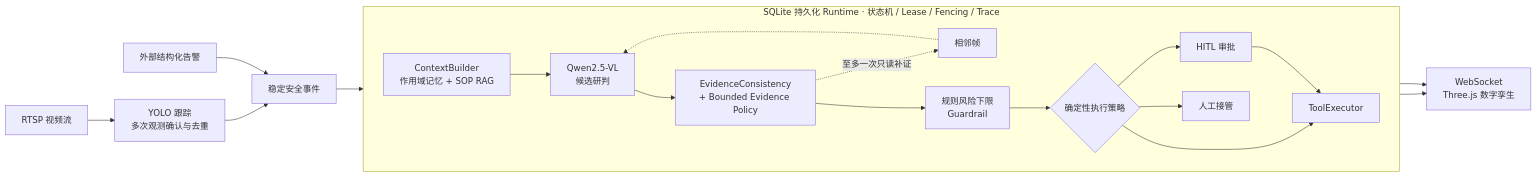
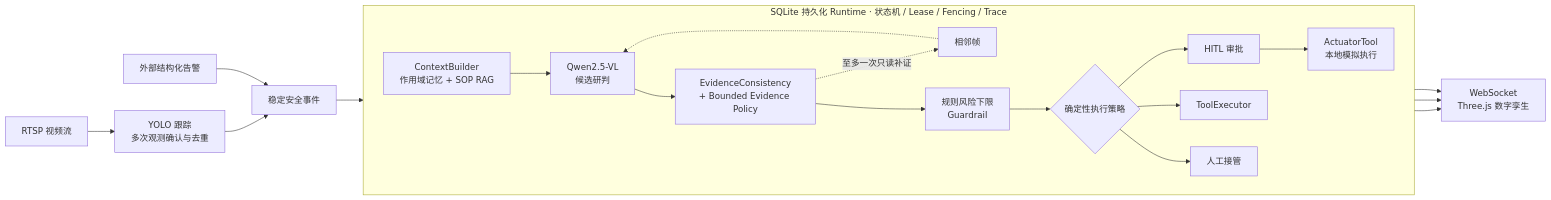
Before and after one commit to 33good/industrial-safety-agent-runtime: the diagram in README.md, drawn with Mermaid. The commit also changed other lines of this file and 3 other files, not shown here.

````diff
--- a/README.md
+++ b/README.md
@@ -25,24 +38,25 @@
 ```mermaid
 flowchart LR
     A["RTSP 视频流"] --> B["YOLO 跟踪<br/>多次观测确认与去重"]
     X["外部结构化告警"] --> C["稳定安全事件"]
     B --> C
 
     subgraph R["SQLite 持久化 Runtime · 状态机 / Lease / Fencing / Trace"]
         direction LR
         D["ContextBuilder<br/>作用域记忆 + SOP RAG"] --> E["Qwen2.5-VL<br/>候选研判"]
         E --> F["EvidenceConsistency<br/>+ Bounded Evidence Policy"]
         F -.->|至多一次只读补证| N["相邻帧"]
         N -.-> E
         F --> G["规则风险下限<br/>Guardrail"]
         G --> H{"确定性执行策略"}
         H --> I["HITL 审批"]
         H --> J["ToolExecutor"]
         H --> K["人工接管"]
-        I --> J
+        I --> L["ActuatorTool<br/>本地模拟执行"]
     end
 
     C --> D
     J --> M["WebSocket<br/>Three.js 数字孪生"]
+    L --> M
     K --> M
 ```
````
